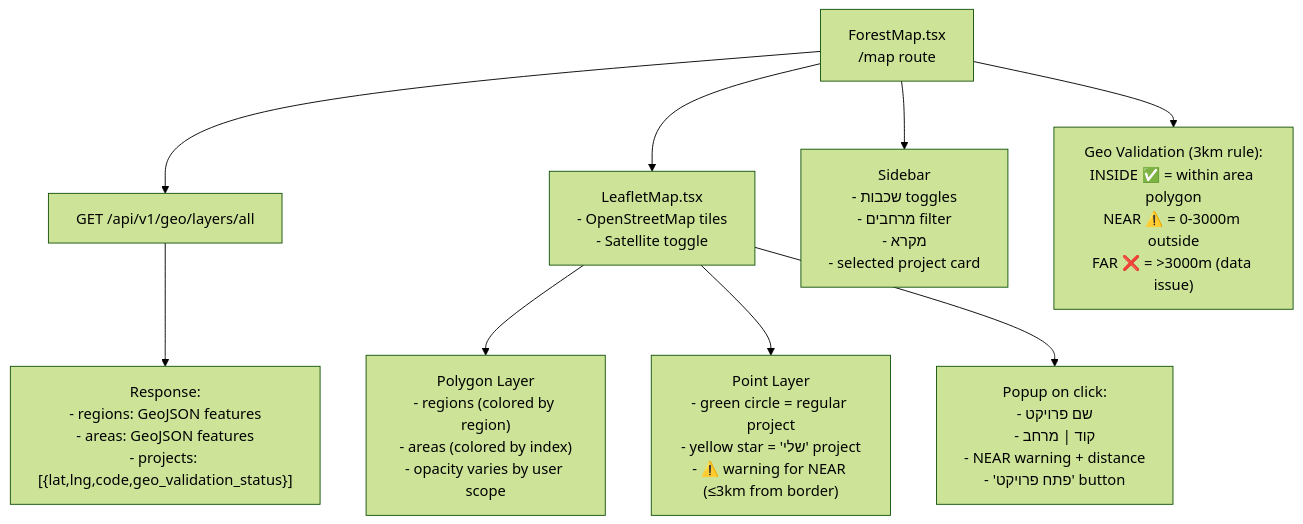
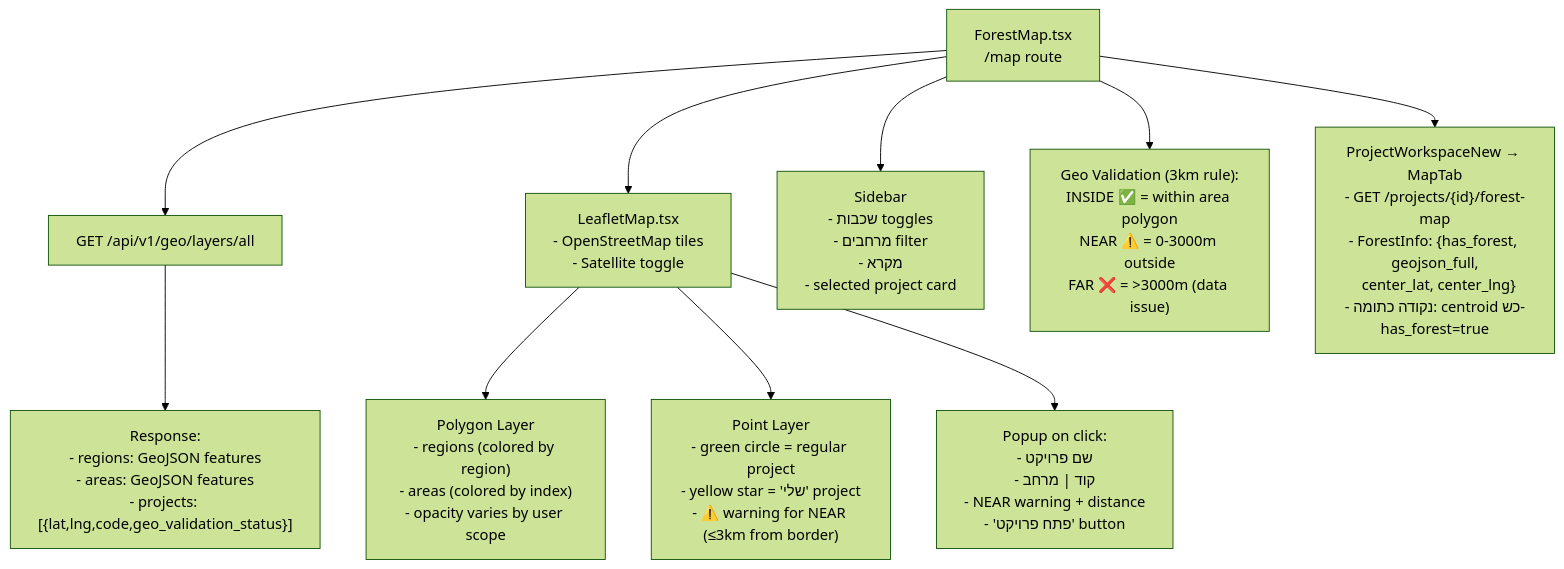
One commit to nirab96Developer/Forewise changed the fifth of 6 diagrams in ניר/11_COMPONENT_HIERARCHY.md. Above: the diagram before and after it, drawn with Mermaid (forest theme). The commit also changed other lines of this file and 17 other files, not shown here.

````diff
--- a/ניר/11_COMPONENT_HIERARCHY.md
+++ b/ניר/11_COMPONENT_HIERARCHY.md
@@ -107,19 +133,21 @@
 ```mermaid
 flowchart TD
     FM["ForestMap.tsx\n/map route"]
     
     FM --> API_CALL["GET /api/v1/geo/layers/all"]
     API_CALL --> LAYERS_DATA["Response:\n- regions: GeoJSON features\n- areas: GeoJSON features\n- projects: [{lat,lng,code,geo_validation_status}]"]
     
     FM --> LEAFLET["LeafletMap.tsx\n- OpenStreetMap tiles\n- Satellite toggle"]
     
     LEAFLET --> POLY_LAYER["Polygon Layer\n- regions (colored by region)\n- areas (colored by index)\n- opacity varies by user scope"]
     
     LEAFLET --> POINT_LAYER["Point Layer\n- green circle = regular project\n- yellow star = 'שלי' project\n- ⚠️ warning for NEAR (≤3km from border)"]
     
     LEAFLET --> TOOLTIPS["Popup on click:\n- שם פרויקט\n- קוד | מרחב\n- NEAR warning + distance\n- 'פתח פרויקט' button"]
     
     FM --> SIDEBAR["Sidebar\n- שכבות toggles\n- מרחבים filter\n- מקרא\n- selected project card"]
     
     FM --> GEO_VALID["Geo Validation (3km rule):\nINSIDE ✅ = within area polygon\nNEAR ⚠️ = 0-3000m outside\nFAR ❌ = >3000m (data issue)"]
+    
+    FM --> FOREST_MAP["ProjectWorkspaceNew → MapTab\n- GET /projects/{id}/forest-map\n- ForestInfo: {has_forest, geojson_full,\n  center_lat, center_lng}\n- נקודה כתומה: centroid כש-has_forest=true"]
 ```
````
